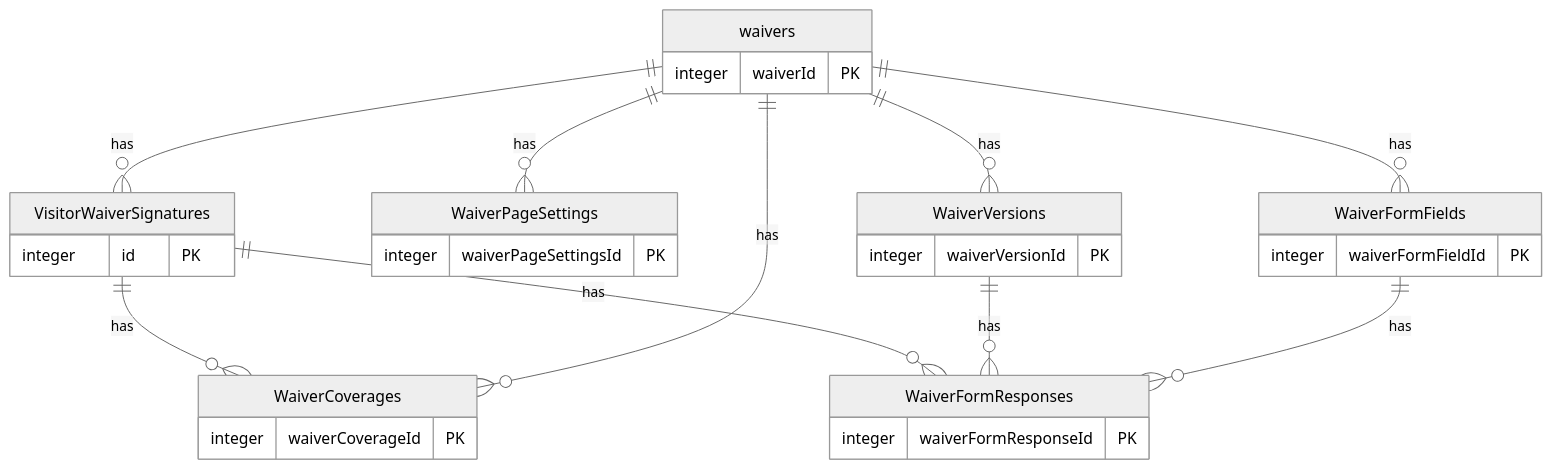
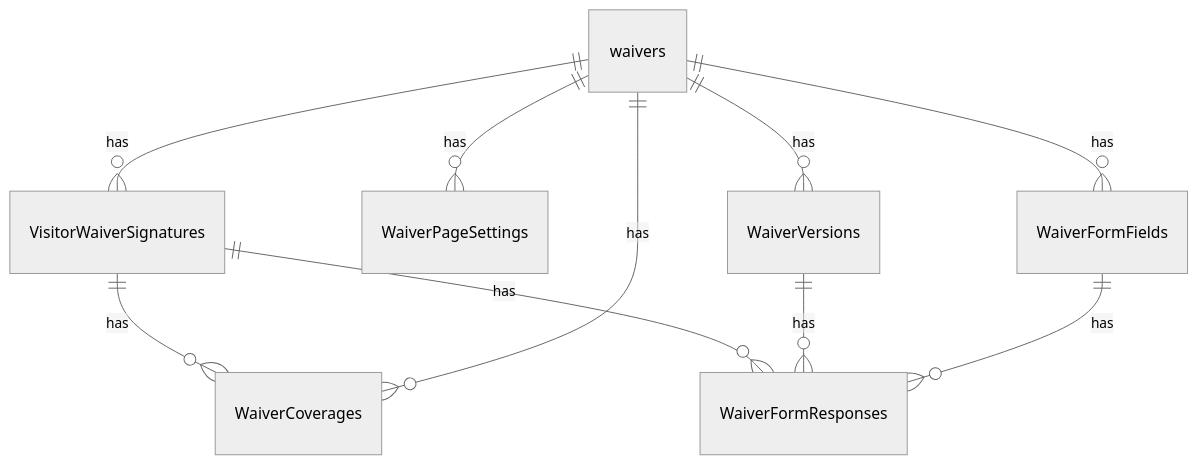
One commit to Saksham-Gupta-GH/ER-Diagram changed the sixth of 8 diagrams in Mermaid_Diagrams.md. Above: the diagram before and after it, drawn with Mermaid (neutral theme). The commit also changed other lines of this file, not shown here.

Commit message:
fix: remove columns from Mermaid diagrams to prevent GitHub timeout

````diff
--- a/Mermaid_Diagrams.md
+++ b/Mermaid_Diagrams.md
@@ -324,33 +190,12 @@
 ```mermaid
 erDiagram
   waivers ||--o{ VisitorWaiverSignatures : "has"
   waivers ||--o{ WaiverPageSettings : "has"
   VisitorWaiverSignatures ||--o{ WaiverCoverages : "has"
   waivers ||--o{ WaiverCoverages : "has"
   waivers ||--o{ WaiverVersions : "has"
   waivers ||--o{ WaiverFormFields : "has"
   VisitorWaiverSignatures ||--o{ WaiverFormResponses : "has"
   WaiverVersions ||--o{ WaiverFormResponses : "has"
   WaiverFormFields ||--o{ WaiverFormResponses : "has"
-  VisitorWaiverSignatures {
-    integer id PK
-  }
-  waivers {
-    integer waiverId PK
-  }
-  WaiverPageSettings {
-    integer waiverPageSettingsId PK
-  }
-  WaiverCoverages {
-    integer waiverCoverageId PK
-  }
-  WaiverVersions {
-    integer waiverVersionId PK
-  }
-  WaiverFormFields {
-    integer waiverFormFieldId PK
-  }
-  WaiverFormResponses {
-    integer waiverFormResponseId PK
-  }
 ```
````
